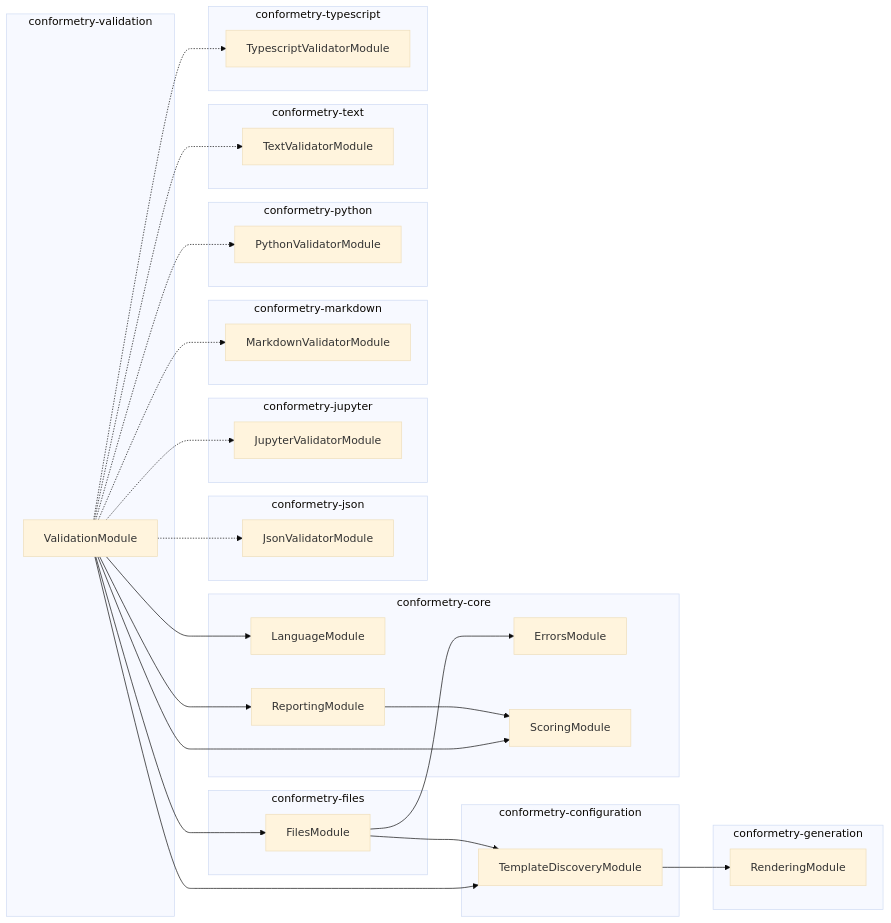
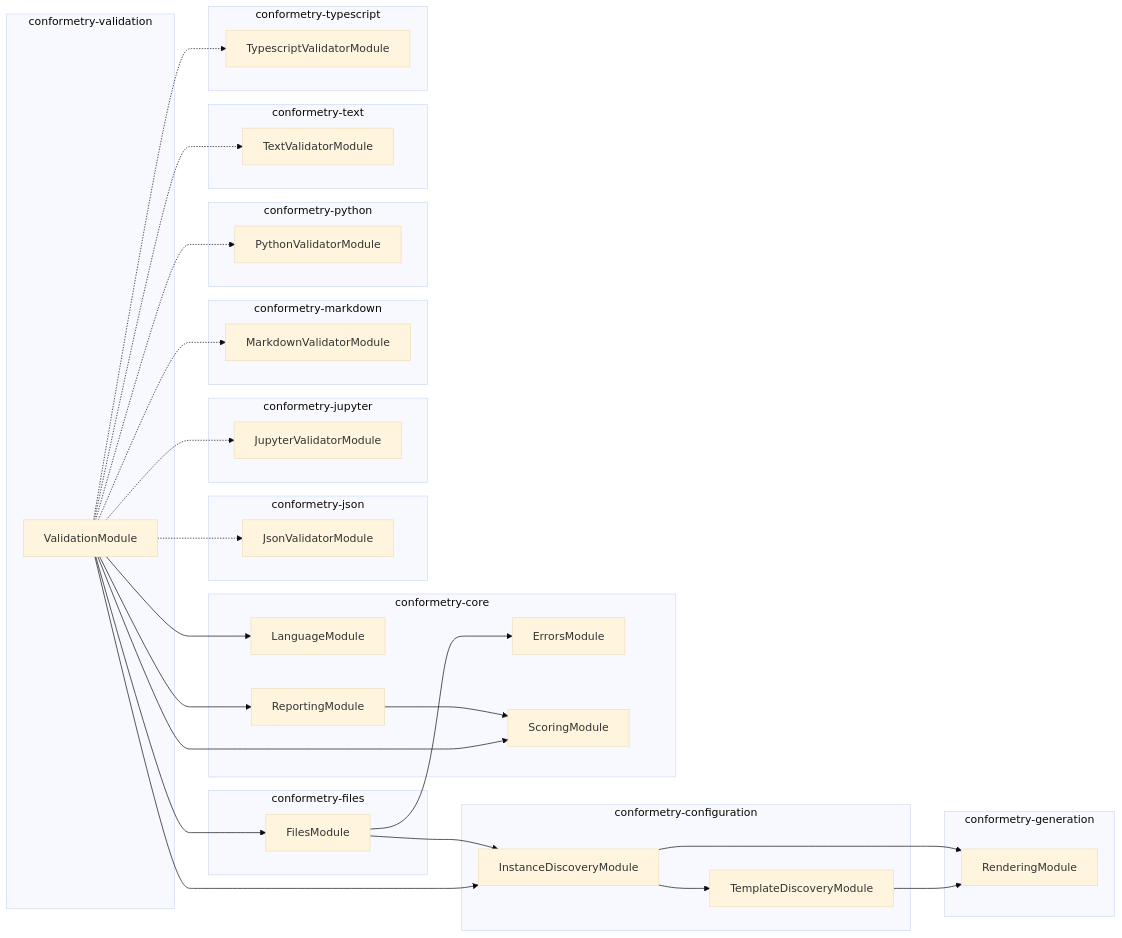
One commit to JimmyPaolini/codebase changed the diagram in packages/conformetry-validation/AGENTS.md. Above: the diagram before and after it, drawn with Mermaid (base theme). The commit also changed 64 other files, not shown here.

Commit message:
refactor(conformetry): ♻️ split discovery into template and instance modules

````diff
--- a/packages/conformetry-validation/AGENTS.md
+++ b/packages/conformetry-validation/AGENTS.md
@@ -57,54 +57,57 @@
 ```mermaid
 flowchart LR
   subgraph group0["conformetry-validation"]
     ValidationModule
   end
   subgraph group1["conformetry-configuration"]
+    InstanceDiscoveryModule
     TemplateDiscoveryModule
   end
   subgraph group2["conformetry-core"]
     ErrorsModule
     LanguageModule
     ReportingModule
     ScoringModule
   end
   subgraph group3["conformetry-files"]
     FilesModule
   end
   subgraph group4["conformetry-generation"]
     RenderingModule
   end
   subgraph group5["conformetry-json"]
     JsonValidatorModule
   end
   subgraph group6["conformetry-jupyter"]
     JupyterValidatorModule
   end
   subgraph group7["conformetry-markdown"]
     MarkdownValidatorModule
   end
   subgraph group8["conformetry-python"]
     PythonValidatorModule
   end
   subgraph group9["conformetry-text"]
     TextValidatorModule
   end
   subgraph group10["conformetry-typescript"]
     TypescriptValidatorModule
   end
   FilesModule --> ErrorsModule
-  FilesModule --> TemplateDiscoveryModule
+  FilesModule --> InstanceDiscoveryModule
+  InstanceDiscoveryModule --> RenderingModule
+  InstanceDiscoveryModule --> TemplateDiscoveryModule
   ReportingModule --> ScoringModule
   TemplateDiscoveryModule --> RenderingModule
   ValidationModule --> FilesModule
+  ValidationModule --> InstanceDiscoveryModule
   ValidationModule -.-> JsonValidatorModule
   ValidationModule -.-> JupyterValidatorModule
   ValidationModule --> LanguageModule
   ValidationModule -.-> MarkdownValidatorModule
   ValidationModule -.-> PythonValidatorModule
   ValidationModule --> ReportingModule
   ValidationModule --> ScoringModule
-  ValidationModule --> TemplateDiscoveryModule
   ValidationModule -.-> TextValidatorModule
   ValidationModule -.-> TypescriptValidatorModule
 ```
````
